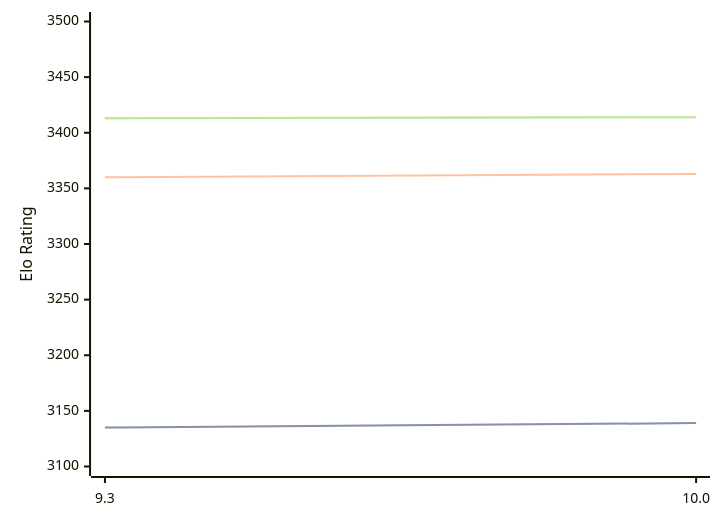
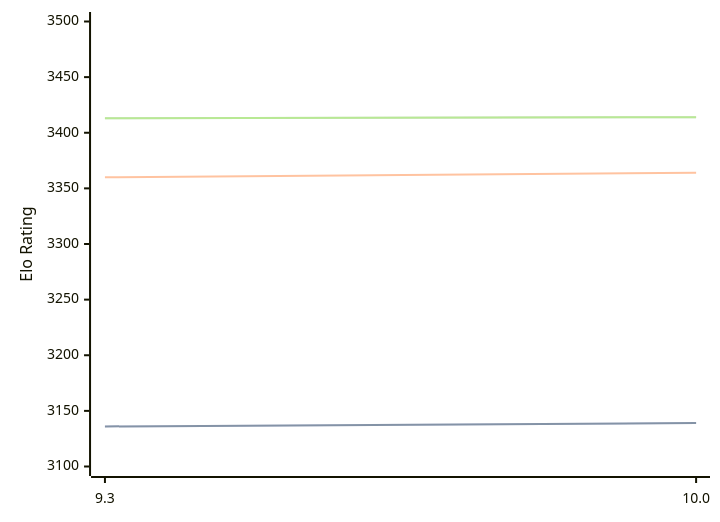
One commit to computer-chess-index/cci changed the diagram in engines/Fire.md. Above: the diagram before and after it, drawn with Mermaid. The commit also changed other lines of this file, not shown here.

````diff
--- a/engines/Fire.md
+++ b/engines/Fire.md
@@ -47,11 +47,11 @@
 ```mermaid
 %%{init: {"theme":"base","themeVariables":{"seriesColors:['#a3a3a3','#222221','#faa371']}}}%%
 xychart-beta
   x-axis ["9.3", "10.0"]
   y-axis "Elo Rating" 3100 --> 3500
-  line "STC (8.0+0.08s)" [3135, 3139]
-  line "STC (8.0+0.08s)" [3135, 3139]
-  line "LTC (60.0+0.60s)" [3360, 3363]
+  line "STC (8.0+0.08s)" [3136, 3139]
+  line "STC (8.0+0.08s)" [3136, 3139]
+  line "LTC (60.0+0.60s)" [3360, 3364]
   line "VLTC (2m24s+1.12s)" [3413, 3414]
   line "VLTC (2m24s+1.12s)" [3413, 3414]
 ```
````
